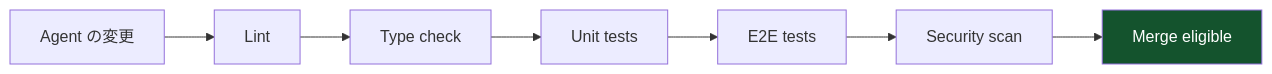
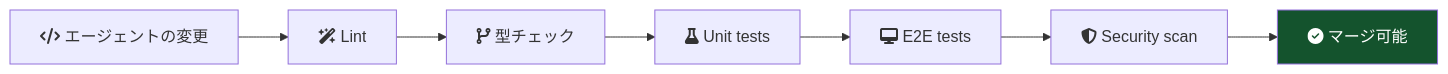
One commit to nelson-o/nelson-o.github.io changed the third of 5 diagrams in content/ja/ideas/agent-loops.mdx. Above: the diagram before and after it, drawn with Mermaid. The commit also changed other lines of this file and 3 other files, not shown here.

````diff
--- a/content/ja/ideas/agent-loops.mdx
+++ b/content/ja/ideas/agent-loops.mdx
@@ -178,11 +178,11 @@
 ```mermaid
 flowchart LR
-  A["Agent の変更"] --> B["Lint"]
-  B --> C["Type check"]
-  C --> D["Unit tests"]
-  D --> E["E2E tests"]
-  E --> F["Security scan"]
-  F --> G["Merge eligible"]
+  A["fa:fa-code エージェントの変更"] --> B["fa:fa-wand-magic-sparkles Lint"]
+  B --> C["fa:fa-code-branch 型チェック"]
+  C --> D["fa:fa-flask Unit tests"]
+  D --> E["fa:fa-desktop E2E tests"]
+  E --> F["fa:fa-shield-halved Security scan"]
+  F --> G["fa:fa-circle-check マージ可能"]
 
   style G fill:#14532d,color:#fff
 ```
````
